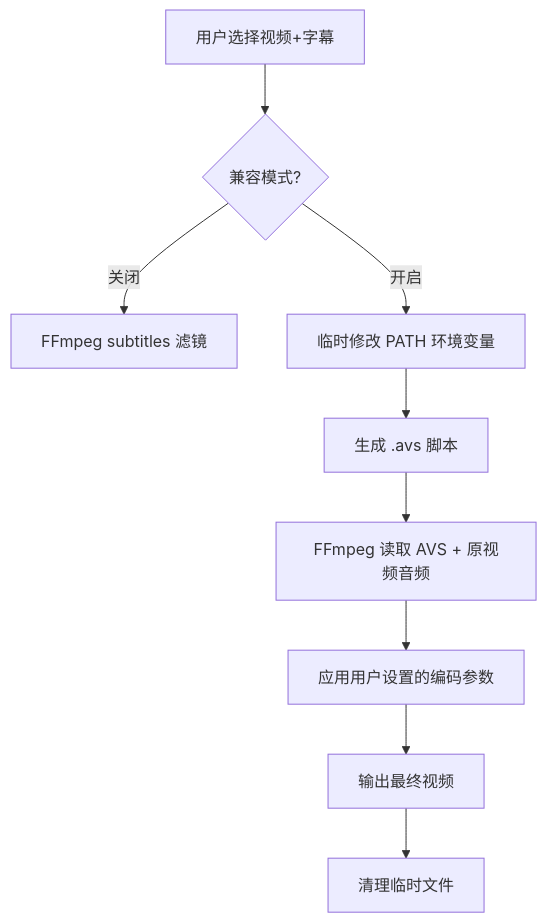
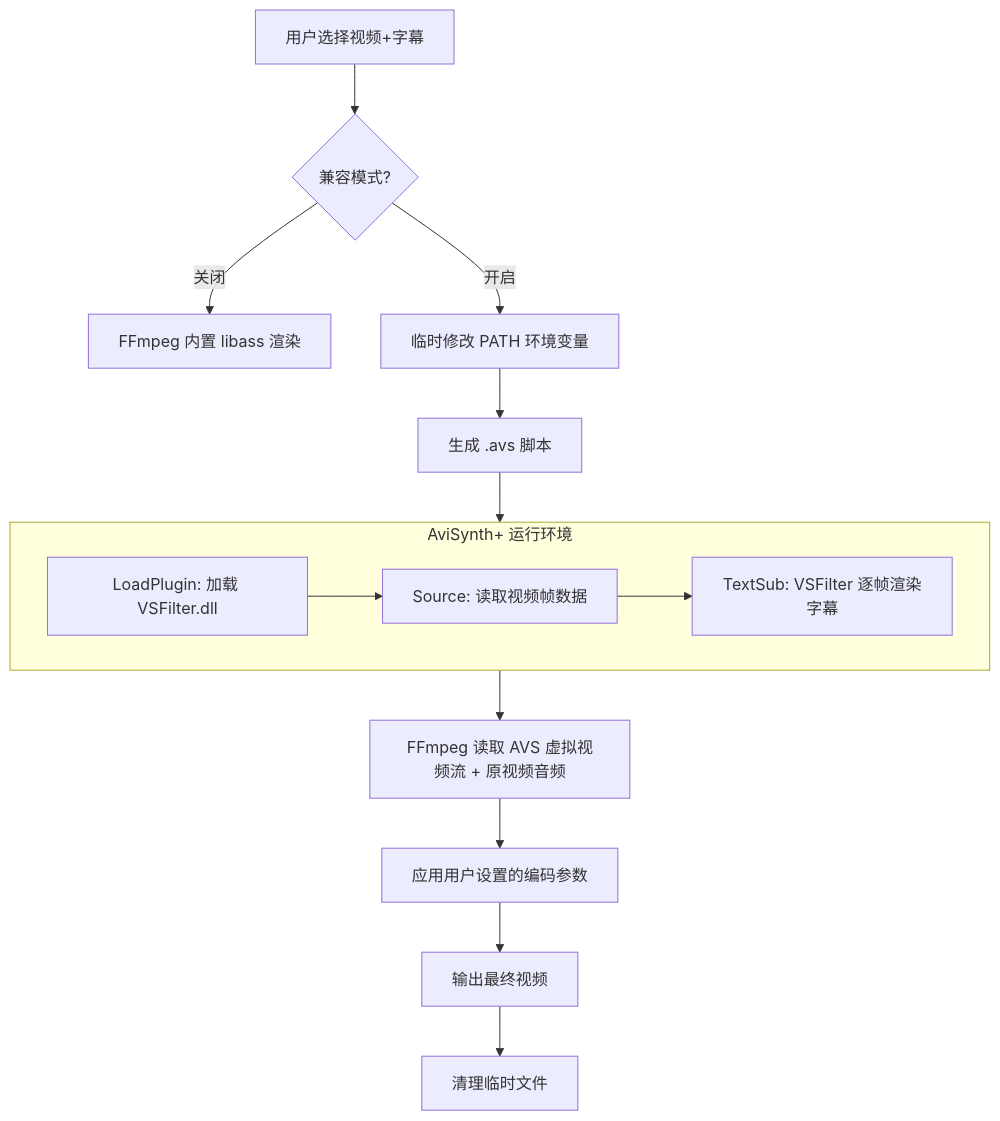
One commit to xueayi/XiaoXue-Video-Tools changed the diagram in README.md. Above: the diagram before and after it, drawn with Mermaid. The commit also changed other lines of this file and 4 other files, not shown here.

````diff
--- a/README.md
+++ b/README.md
@@ -45,11 +53,21 @@
 ```mermaid
 flowchart TD
     A[用户选择视频+字幕] --> B{兼容模式?}
-    B -- 关闭 --> C[FFmpeg subtitles 滤镜]
+    B -- 关闭 --> C[FFmpeg 内置 libass 渲染]
+    
     B -- 开启 --> D[临时修改 PATH 环境变量]
     D --> E[生成 .avs 脚本]
-    E --> F[FFmpeg 读取 AVS + 原视频音频]
+    
+    subgraph AviSynth_Engine [AviSynth+ 运行环境]
+        E1[LoadPlugin: 加载 VSFilter.dll]
+        E2[Source: 读取视频帧数据]
+        E3[TextSub: VSFilter 逐帧渲染字幕]
+        E1 --> E2 --> E3
+    end
+    
+    E --> AviSynth_Engine
+    AviSynth_Engine --> F[FFmpeg 读取 AVS 虚拟视频流 + 原视频音频]
     F --> G[应用用户设置的编码参数]
     G --> H[输出最终视频]
     H --> I[清理临时文件]
 ```
````
